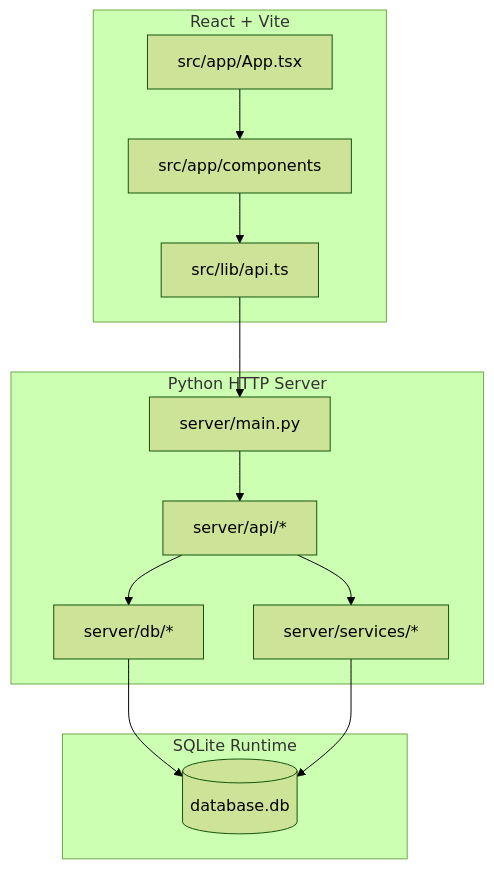
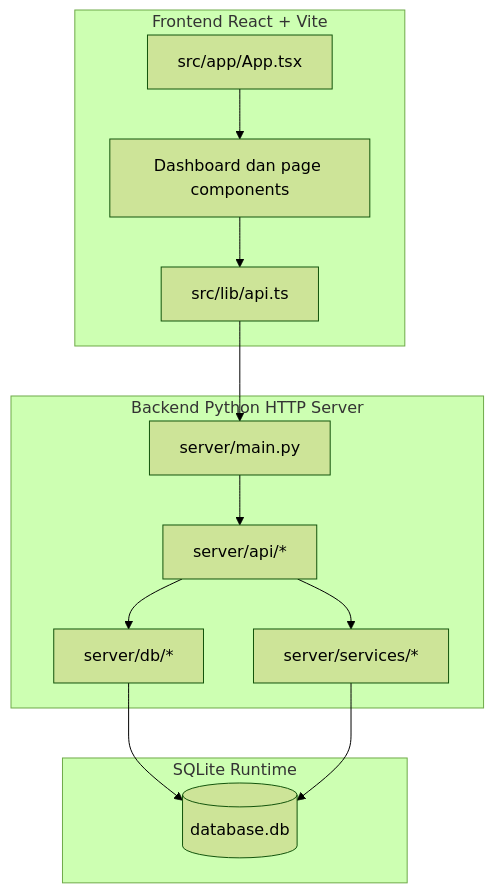
One commit to lustresense/xpcentric-web changed the fourth of 4 diagrams in README.md. Above: the diagram before and after it, drawn with Mermaid (forest theme). The commit also changed other lines of this file and 20 other files, not shown here.

````diff
--- a/README.md
+++ b/README.md
@@ -106,28 +121,28 @@
 ```mermaid
 flowchart TB
-    subgraph Frontend[React + Vite]
+    subgraph FE[Frontend React + Vite]
         App[src/app/App.tsx]
-        Components[src/app/components]
-        APIClient[src/lib/api.ts]
+        Components[Dashboard dan page components]
+        ApiClient[src/lib/api.ts]
     end
 
-    subgraph Backend[Python HTTP Server]
+    subgraph BE[Backend Python HTTP Server]
         Main[server/main.py]
         Api[server/api/*]
         Services[server/services/*]
-        DBLayer[server/db/*]
+        DbLayer[server/db/*]
     end
 
-    subgraph Storage[SQLite Runtime]
-        SQLite[(database.db)]
+    subgraph Data[SQLite Runtime]
+        DB[(database.db)]
     end
 
     App --> Components
-    Components --> APIClient
-    APIClient --> Main
+    Components --> ApiClient
+    ApiClient --> Main
     Main --> Api
     Api --> Services
-    Api --> DBLayer
-    DBLayer --> SQLite
-    Services --> SQLite
+    Api --> DbLayer
+    DbLayer --> DB
+    Services --> DB
 ```
````
